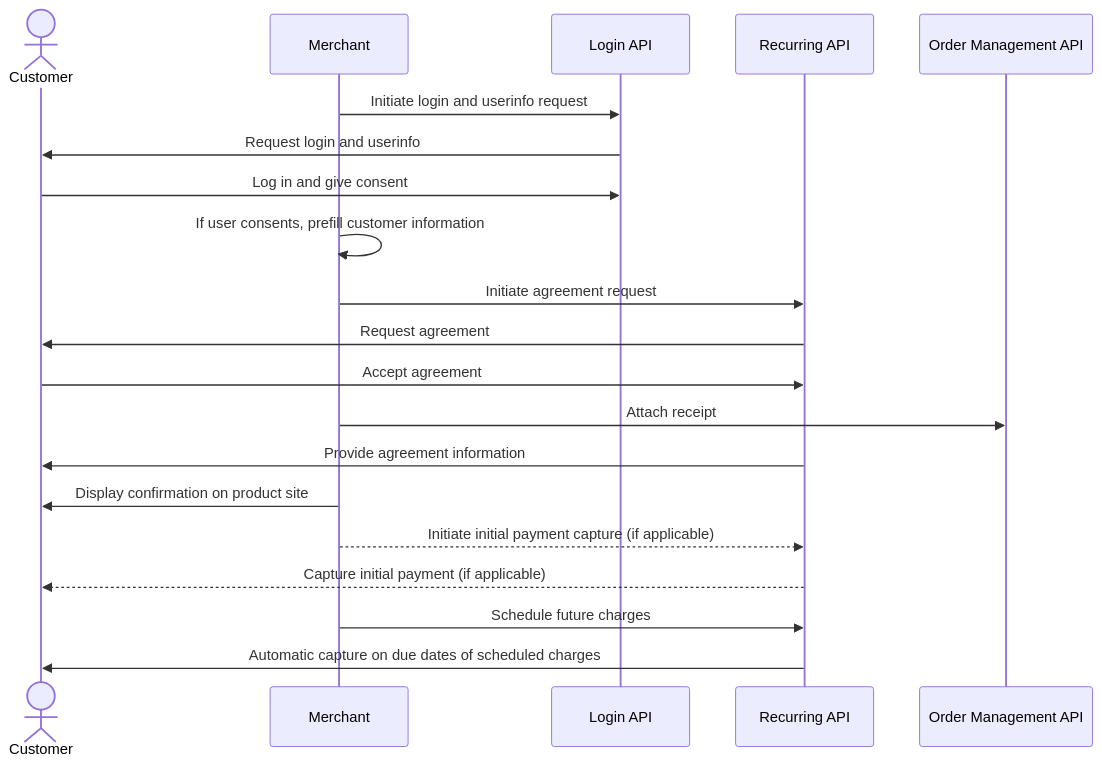
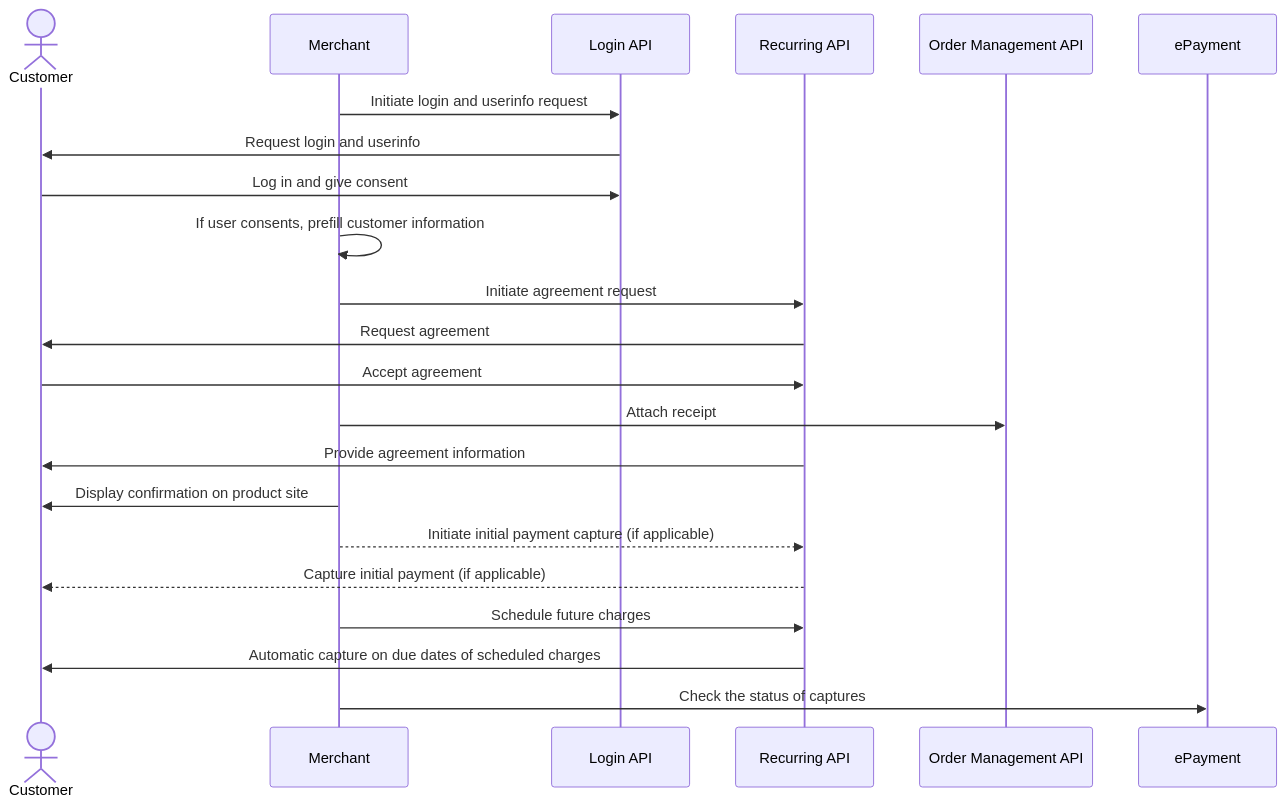
Before and after one commit to vippsas/vipps-solutions: the diagram in parking/README.md, drawn with Mermaid. The commit also changed other lines of this file and 18 other files, not shown here.

````diff
--- a/parking/README.md
+++ b/parking/README.md
@@ -69,23 +70,24 @@
 ``` mermaid
 sequenceDiagram
     actor C as Customer
     participant M as Merchant
     participant Login as Login API
     participant Recurring as Recurring API
     participant ordermanagement as Order Management API
 
     M->>Login: Initiate login and userinfo request
     Login->>C: Request login and userinfo
     C->>Login: Log in and give consent
     M->>M: If user consents, prefill customer information
     M->>Recurring: Initiate agreement request
     Recurring->>C: Request agreement
     C->>Recurring: Accept agreement
     M->> ordermanagement: Attach receipt
     Recurring->>C: Provide agreement information
     M->>C: Display confirmation on product site
     M-->>Recurring: Initiate initial payment capture (if applicable)
     Recurring-->>C: Capture initial payment (if applicable)
     M->>Recurring: Schedule future charges
     Recurring->>C: Automatic capture on due dates of scheduled charges
+    M->>ePayment: Check the status of captures
 ```
````
